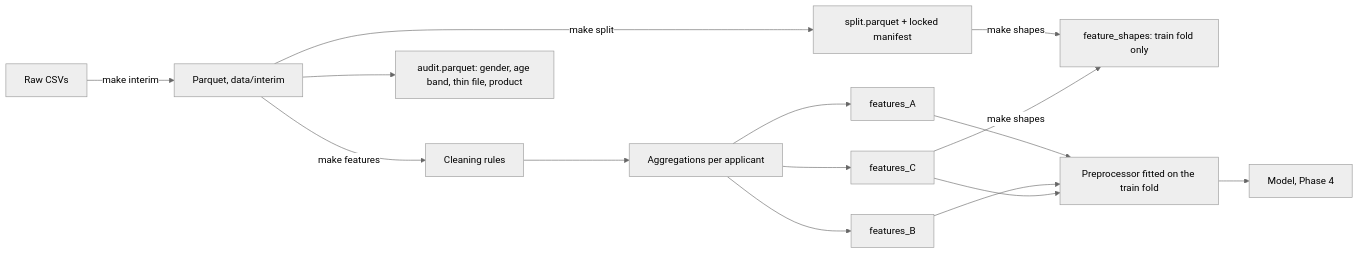
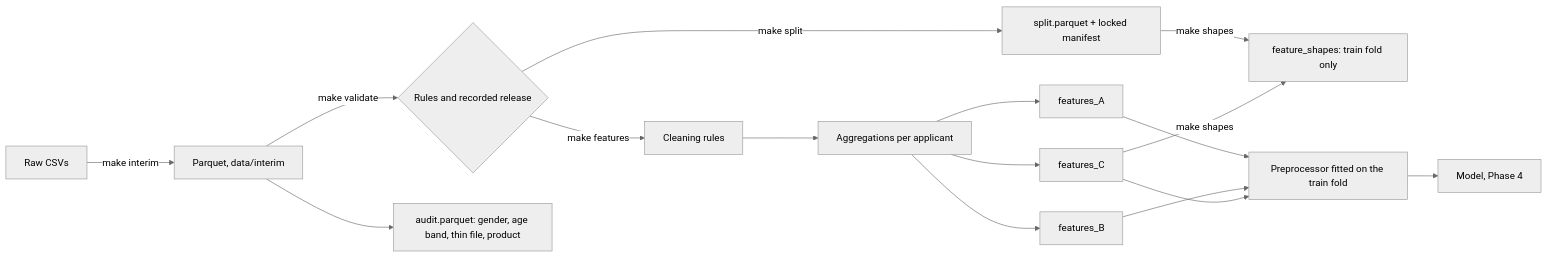
Before and after one commit to MohaamadAkbari/credit-risk: the diagram in reports/features.md, drawn with Mermaid (neutral theme). The commit also changed other lines of this file and 14 other files, not shown here.

````diff
--- a/reports/features.md
+++ b/reports/features.md
@@ -23,10 +25,11 @@
 ```mermaid
 flowchart LR
     R[Raw CSVs] -->|make interim| I[Parquet, data/interim]
-    I -->|make split| S[split.parquet + locked manifest]
-    I -->|make features| C[Cleaning rules] --> F[Aggregations per applicant]
+    I -->|make validate| V{Rules and recorded release}
+    V -->|make split| S[split.parquet + locked manifest]
+    V -->|make features| C[Cleaning rules] --> F[Aggregations per applicant]
     F --> A[features_A] & B[features_B] & CC[features_C]
     I --> AU[audit.parquet: gender, age band, thin file, product]
     S & CC -->|make shapes| SH[feature_shapes: train fold only]
     A & B & CC --> P[Preprocessor fitted on the train fold] --> M[Model, Phase 4]
 ```
````
